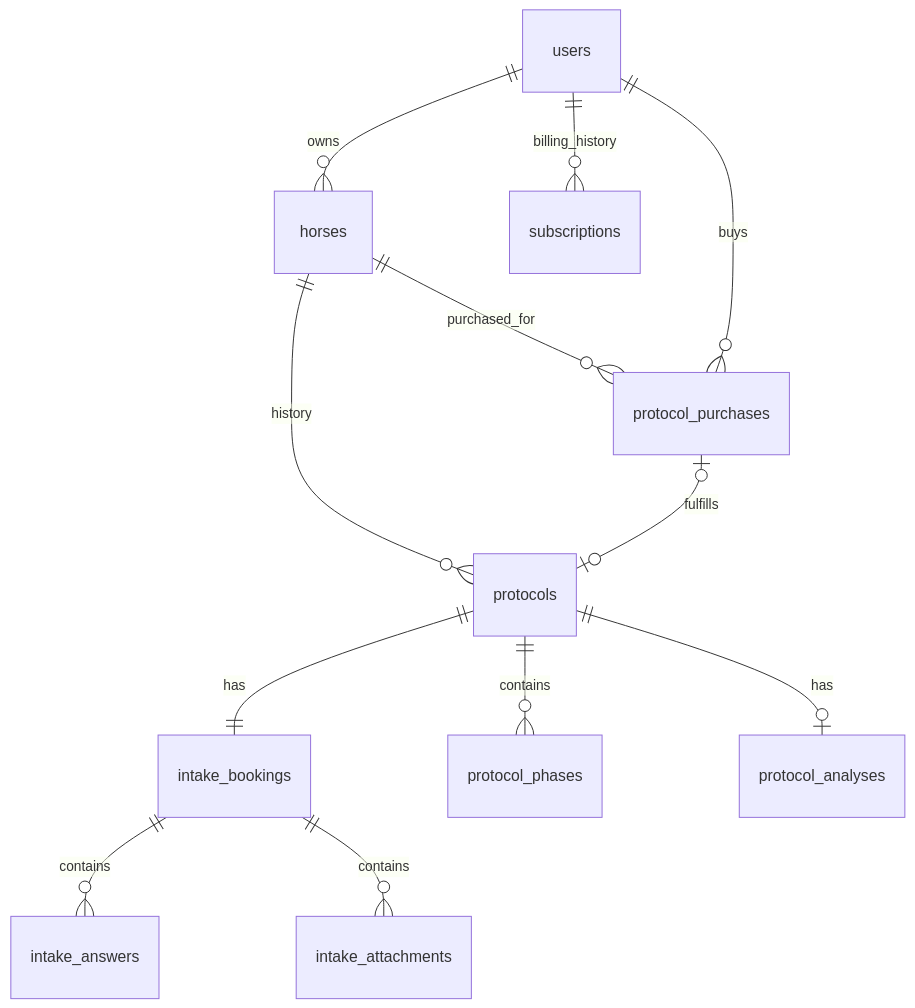
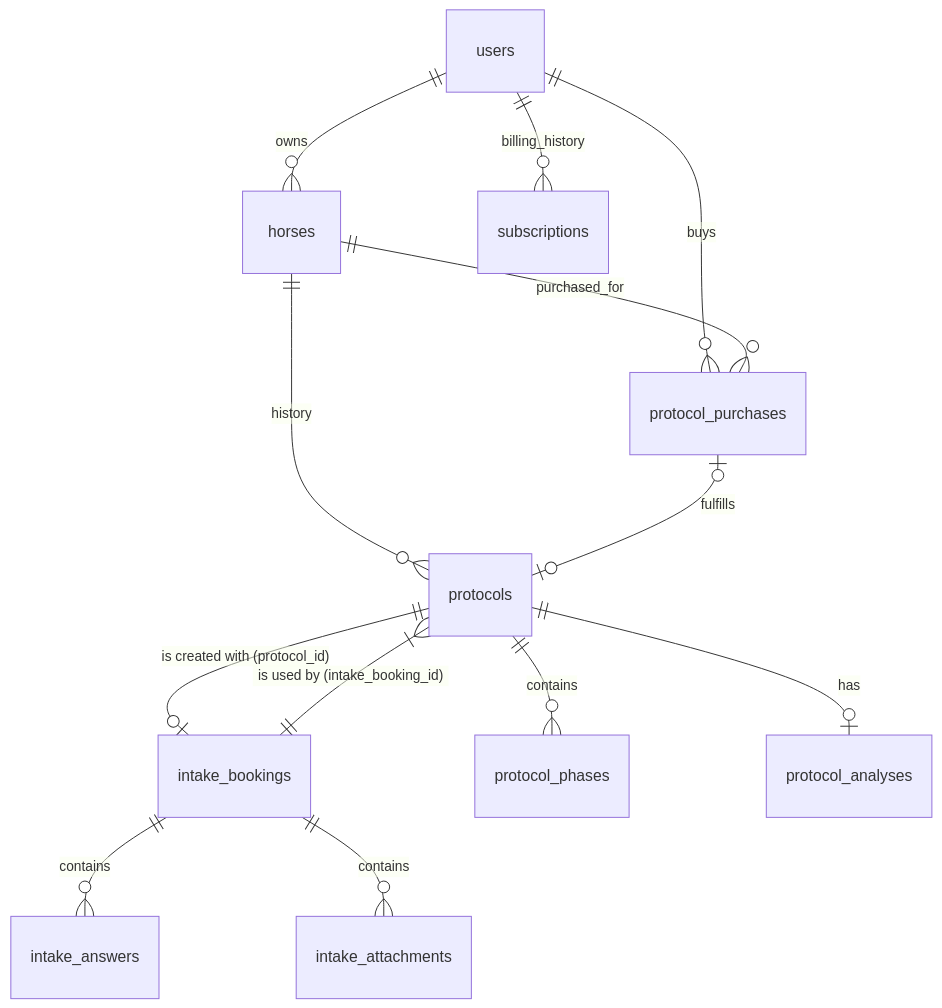
One commit to Tim-streamline/equi-app changed the diagram in docs/protocol-intake-model.md. Above: the diagram before and after it, drawn with Mermaid. The commit also changed other lines of this file and 29 other files, not shown here.

First line of the commit message:
Let protocol copies share their source intake

````diff
--- a/docs/protocol-intake-model.md
+++ b/docs/protocol-intake-model.md
@@ -67,14 +68,15 @@
 ```mermaid
 erDiagram
     users ||--o{ horses : owns
     horses ||--o{ protocols : history
-    protocols ||--|| intake_bookings : has
+    protocols ||--o| intake_bookings : "is created with (protocol_id)"
+    intake_bookings ||--|{ protocols : "is used by (intake_booking_id)"
     intake_bookings ||--o{ intake_answers : contains
     intake_bookings ||--o{ intake_attachments : contains
     protocols ||--o{ protocol_phases : contains
     protocols ||--o| protocol_analyses : has
     users ||--o{ subscriptions : billing_history
     users ||--o{ protocol_purchases : buys
     horses ||--o{ protocol_purchases : purchased_for
     protocol_purchases |o--o| protocols : fulfills
 ```
````
